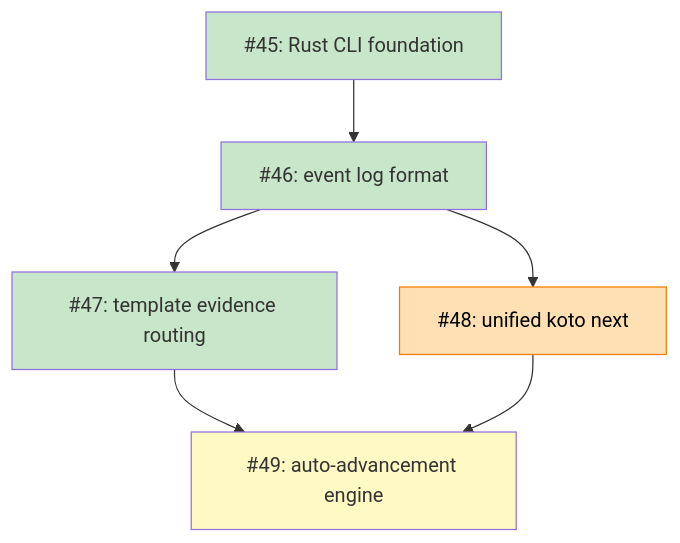
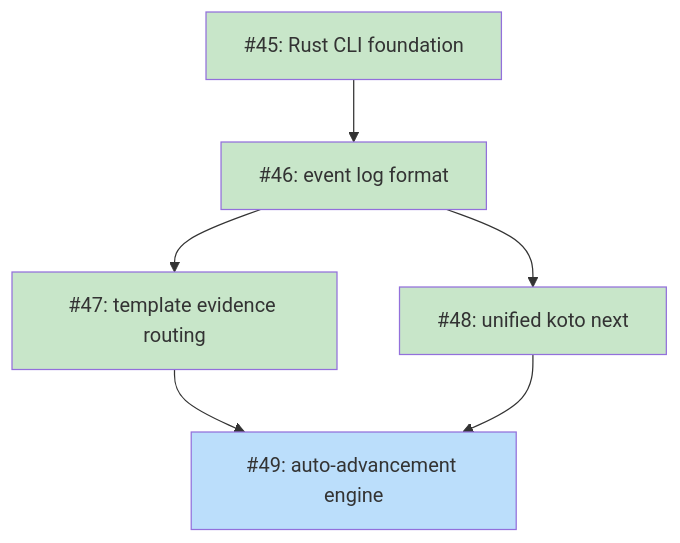
The diagram in docs/plans/PLAN-unified-koto-next.md (tsukumogami/koto), drawn with Mermaid before and after one commit. The commit also changed other lines of this file, not shown here.

First line of the commit message:
docs(plan): mark issue 48 done, unblock issue 49

````diff
--- a/docs/plans/PLAN-unified-koto-next.md
+++ b/docs/plans/PLAN-unified-koto-next.md
@@ -49,28 +50,28 @@
 ```mermaid
 graph TD
     I45["#45: Rust CLI foundation"]
     I46["#46: event log format"]
     I47["#47: template evidence routing"]
     I48["#48: unified koto next"]
     I49["#49: auto-advancement engine"]
 
     I45 --> I46
     I46 --> I47
     I46 --> I48
     I47 --> I49
     I48 --> I49
 
     classDef done fill:#c8e6c9
     classDef ready fill:#bbdefb
     classDef blocked fill:#fff9c4
     classDef needsDesign fill:#e1bee7
     classDef needsPrd fill:#b3e5fc
     classDef needsSpike fill:#ffcdd2
     classDef needsDecision fill:#d1c4e9
     classDef tracksDesign fill:#FFE0B2,stroke:#F57C00,color:#000
     classDef tracksPlan fill:#FFE0B2,stroke:#F57C00,color:#000
 
     class I45,I46,I47 done
-    class I48 tracksPlan
-    class I49 blocked
+    class I48 done
+    class I49 ready
 ```
````
